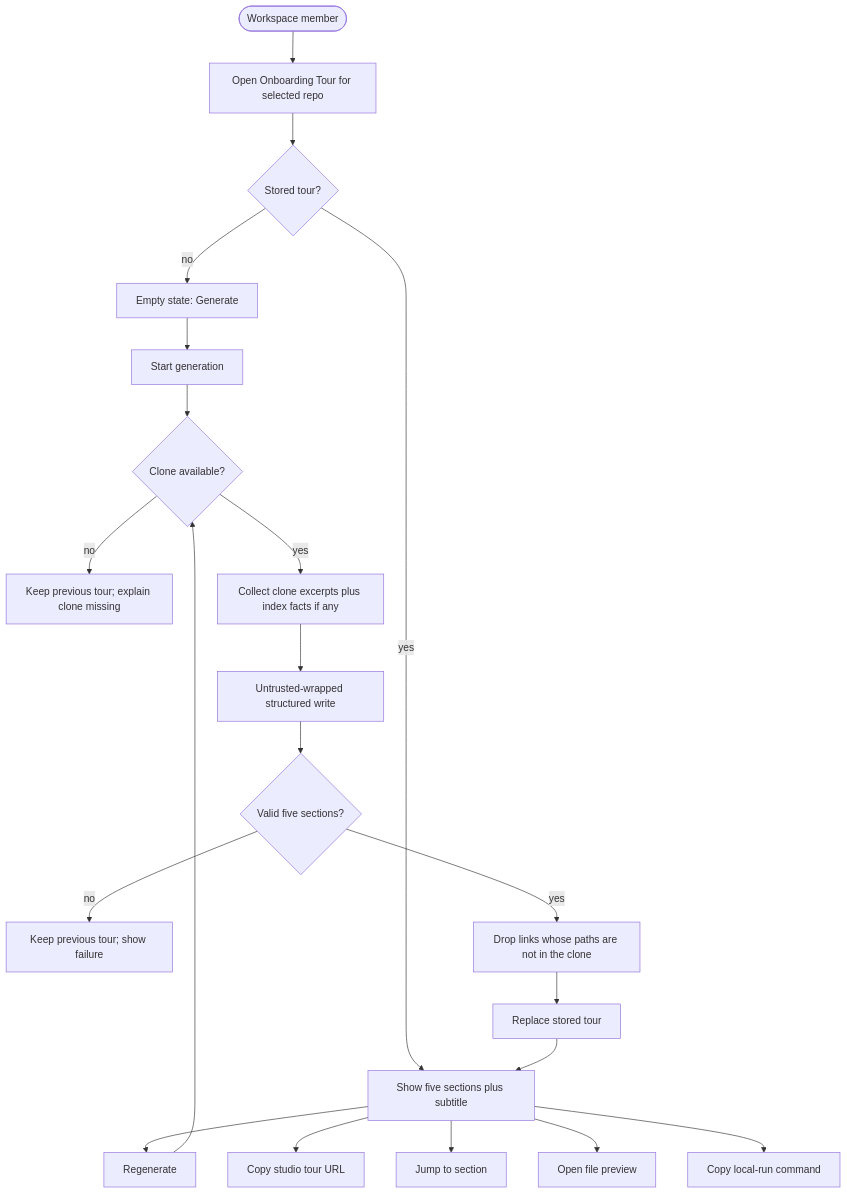
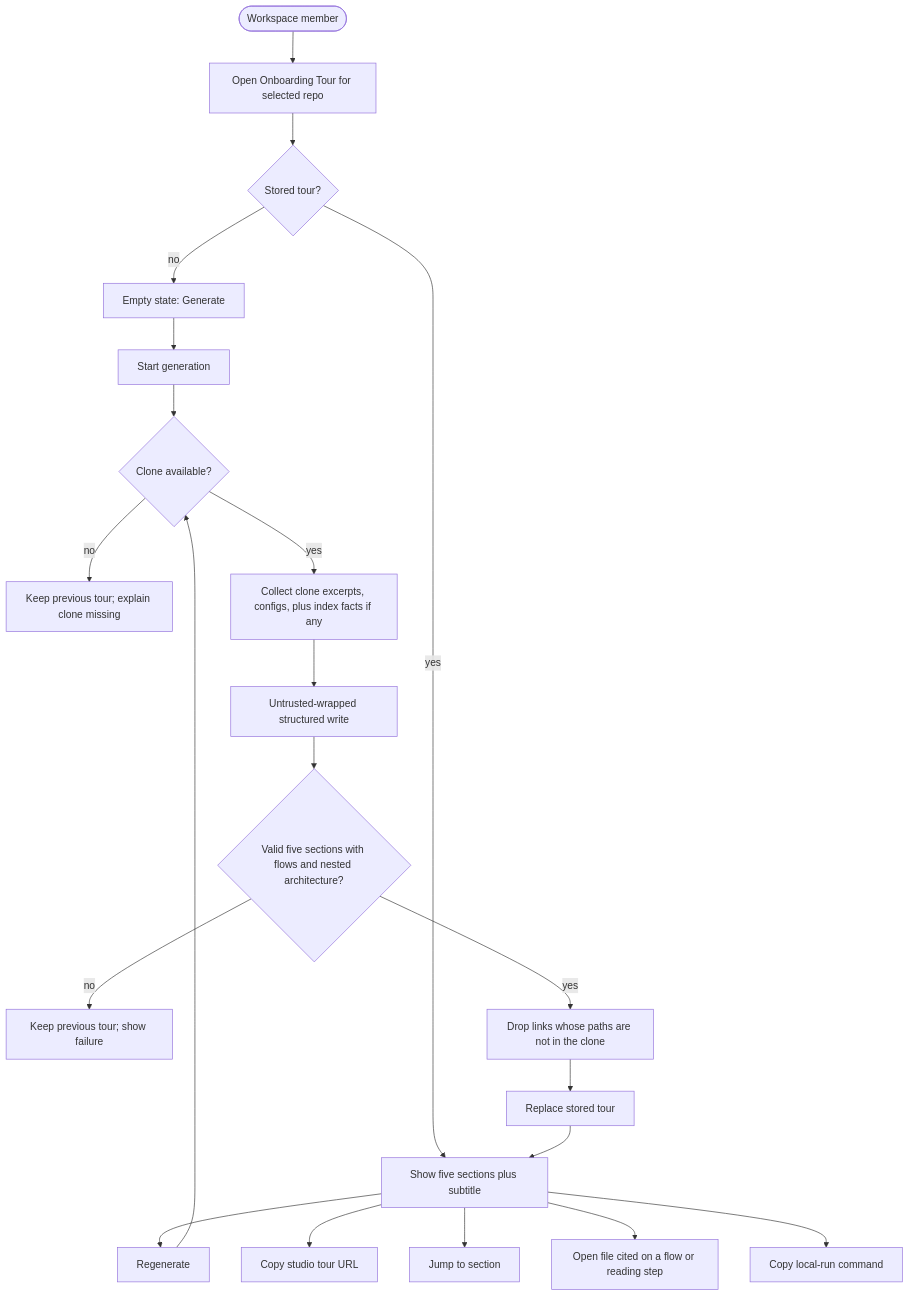
Before and after one commit to pro2html/dev-digest: the first of 2 diagrams in docs/specs/2026-08-14-onboarding-generator.md, drawn with Mermaid. The commit also changed other lines of this file, not shown here.

First line of the commit message:
Refine SPEC-02: architecture layers, flows, generated local-run, reading order, self-select tasks.

````diff
--- a/docs/specs/2026-08-14-onboarding-generator.md
+++ b/docs/specs/2026-08-14-onboarding-generator.md
@@ -100,23 +121,23 @@
 ```mermaid
 flowchart TD
   start([Workspace member]) --> openTour[Open Onboarding Tour for selected repo]
   openTour --> hasTour{Stored tour?}
   hasTour -->|no| empty[Empty state: Generate]
   hasTour -->|yes| show[Show five sections plus subtitle]
   empty --> generate[Start generation]
   show --> regen[Regenerate]
   show --> share[Copy studio tour URL]
   show --> jump[Jump to section]
-  show --> openFile[Open file preview]
+  show --> openFile[Open file cited on a flow or reading step]
   show --> copyCmd[Copy local-run command]
   generate --> cloneOk{Clone available?}
   regen --> cloneOk
   cloneOk -->|no| refuse[Keep previous tour; explain clone missing]
-  cloneOk -->|yes| sample[Collect clone excerpts plus index facts if any]
+  cloneOk -->|yes| sample[Collect clone excerpts, configs, plus index facts if any]
   sample --> llm[Untrusted-wrapped structured write]
-  llm --> valid{Valid five sections?}
+  llm --> valid{Valid five sections with flows and nested architecture?}
   valid -->|no| fail[Keep previous tour; show failure]
   valid -->|yes| drop[Drop links whose paths are not in the clone]
   drop --> persist[Replace stored tour]
   persist --> show
 ```
````
